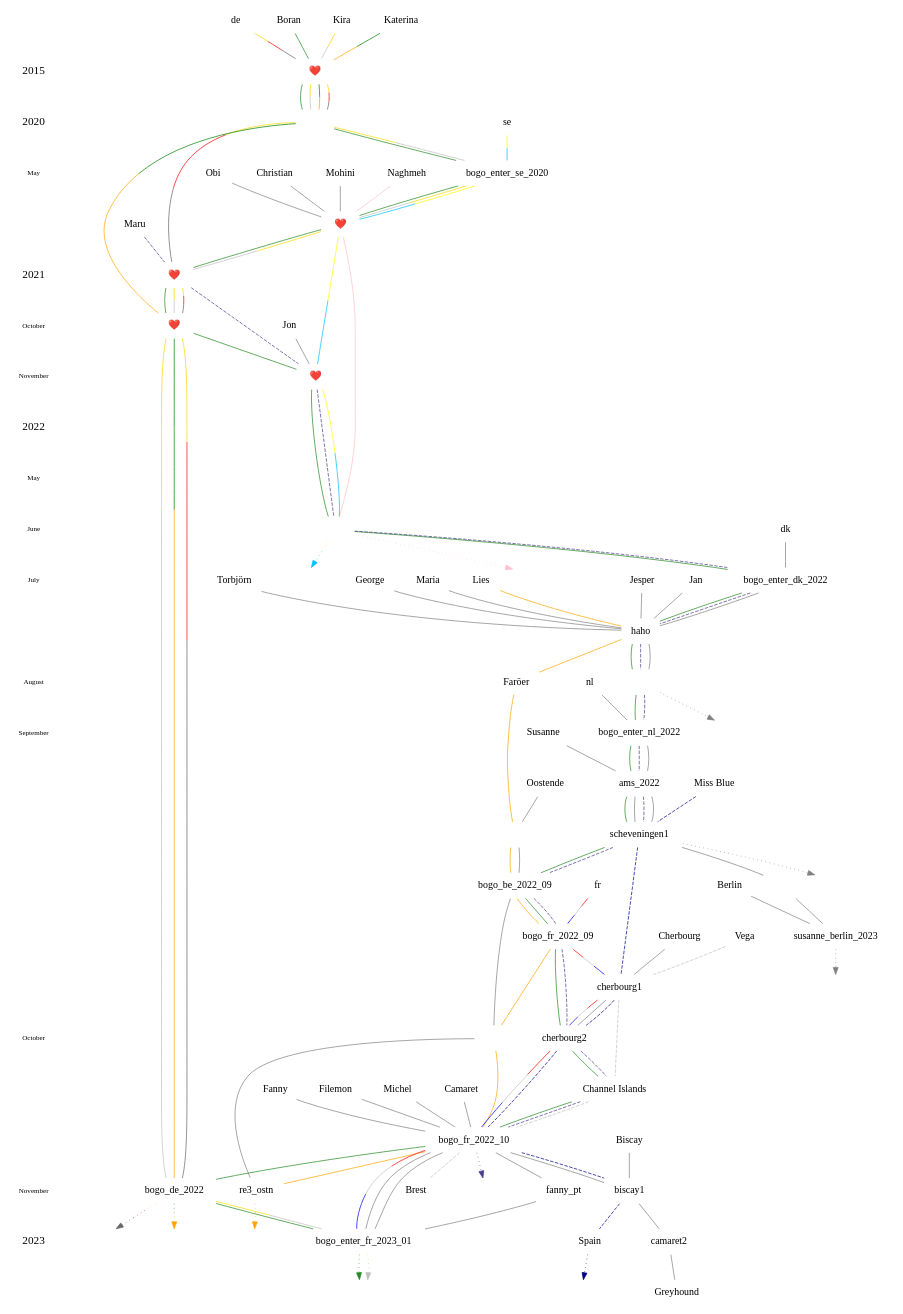
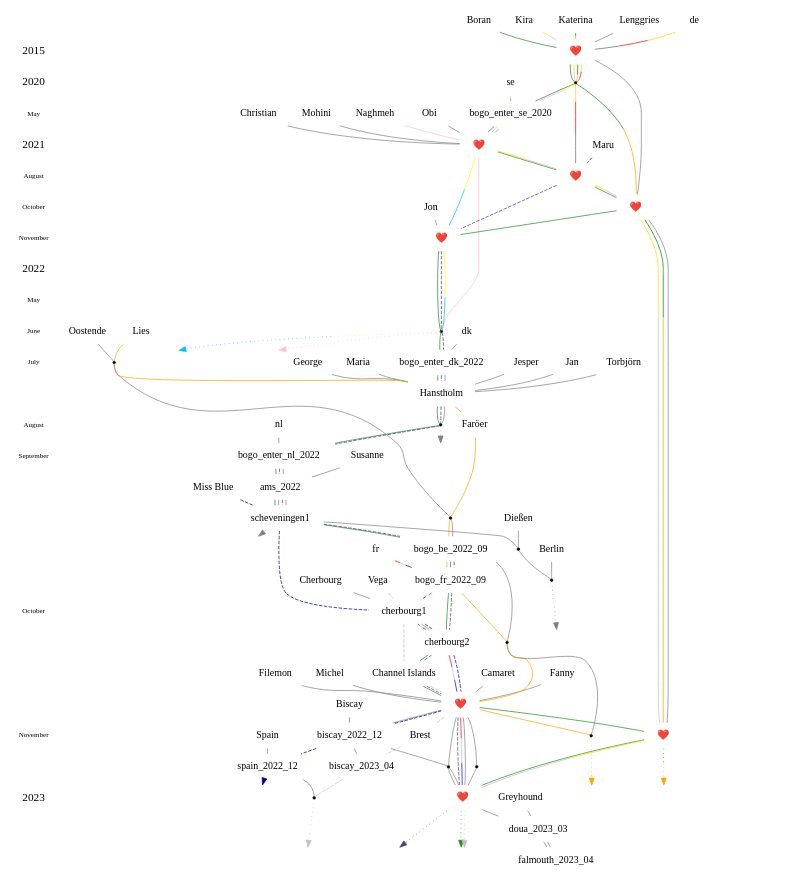
Before and after one commit to wissenswandler/kts-js: the diagram in kxfm-test/www/timelines.dot, drawn with Graphviz. The commit also changed 1 other file, not shown here.

Commit message:
improving timeline diagrams

```diff
--- a/kxfm-test/www/timelines.dot
+++ b/kxfm-test/www/timelines.dot
@@ -1,5 +1,7 @@
 digraph <Timelines> {
 
+ranksep=0.1
+nodesep=0.1
 node [shape=none tooltip=""]
 
 #
@@ -17,7 +19,7 @@
 <2022_07>
 }
 { node [label=August]
-<2022_08>
+<2021_08> <2022_08>
 }
 { node [label=September]
 <2022_09>
@@ -30,21 +32,12 @@
 }
 edge [style=invis]
 node[fontsize=16]
-2015 -> 2020 -> <2020_05> -> 2021 -> <2021_10> -> <2021_11> -> 2022 -> <2022_05> -> <2022_06> -> <2022_07> -> <2022_08> -> <2022_09> -> <2022_10> -> <2022_11> -> 2023
+2015 -> 2020 -> <2020_05> -> 2021 -> <2021_08> -> <2021_10> -> <2021_11> -> 2022 -> <2022_05> -> <2022_06> -> <2022_07> -> <2022_08> -> <2022_09> -> <2022_10> -> <2022_11> -> 2023
 }
 
 #
-# Entities
+# People - Entities
 #
-de
-se
-dk
-nl
-fr
-chis_2022 [label="Channel Islands"]
-faro [label=Faröer]
-ostn [label=Oostende]
-
 Jon
 Obi
 Christian
@@ -58,38 +51,48 @@
 Fanny
 Filemon
 Michel
-Susanne
 
+#
+# Location - Entities
+#
+se
+dk
+nl
+fr
+Biscay
 Cherbourg
-Camaret
 Brest
-Spain
-Biscay
 Berlin
 
-Vega
-Greyhound
-haho [tooltip=Hanstholm]
+#
+# Events (Time+Space intersections)
+#
+haho_2022 [label=Hanstholm]
+chis_2022 [label="Channel Islands"]
+faro [label=Faröer]
+
 
 #
 # invisibles
 #
 { node [style=invis]
-bogo_future de_future se_future dk_future lies_future nl_future maru_future katr_future naghmeh_future susanne_future
+de_future se_future dk_future nl_future maru_future katr_future naghmeh_future 
 }
 
 # Unions
 {
 node [label="❤️" ]
-len_2015 bogo_se bogo_purch_maru visit_2021 bogo_simris
+len_2015 bogo_se bogo_purch_maru lenggries_2021_10 bogo_simris camaret_2022_10 camaret_2023_01 lenggries_2022_11
 }
 
 # Separations / Neutral
 {
-node [label=" "] 
-bogo_exit_de_2020 bogo_exit_se_2022 bogo_exit_dk_2022 re1_ostn re2_ostn re1_diessen
+node [
+    shape=point
+    #label=" "
+    ] 
+bogo_exit_de_2020 bogo_exit_se_2022 bogo_exit_dk_2022 ostn_2021 re1_ostn re2_ostn re3_ostn re1_diessen susanne_berlin_2023 camaret_2022_12 fanny_pt spain_2023_04
 }
-
 
 #
 # Timelines from here
@@ -101,38 +104,51 @@
 
   lies [class=global_type_lies label=Lies]
 { edge [class=global_type_lies color=orange]
-lies -> haho -> faro -> re1_ostn -> bogo_be_2022_09 -> bogo_fr_2022_09 -> re2_ostn -> bogo_fr_2022_10 -> re3_ostn
-
-re3_ostn -> lies_future [style=dotted arrowhead=""]
+  lies -> ostn_2021 -> haho_2022 -> faro -> re1_ostn -> bogo_be_2022_09 -> bogo_fr_2022_09 -> re2_ostn -> camaret_2022_10
+->re3_ostn
+edge [style=dotted arrowhead="" minlen=2] node [style=invis]
+  re3_ostn -> lies_future
 }
 
   bogo [class=global_type_bogo label=Boran]
 { edge [class=global_type_bogo color=forestgreen] 
-
-bogo -> len_2015 -> bogo_exit_de_2020 -> bogo_enter_se_2020 -> bogo_se -> bogo_purch_maru -> visit_2021 -> bogo_simris -> bogo_exit_se_2022 -> bogo_enter_dk_2022 -> haho -> bogo_exit_dk_2022 -> bogo_enter_nl_2022 -> ams_2022 -> scheveningen1 -> bogo_be_2022_09 -> bogo_fr_2022_09 -> cherbourg2 -> chis_2022 -> bogo_fr_2022_10 -> bogo_de_2022 -> bogo_enter_fr_2023_01
-
-bogo_enter_fr_2023_01 -> bogo_future [style=dotted arrowhead=""]
+  bogo -> len_2015 -> bogo_exit_de_2020 -> bogo_enter_se_2020 -> bogo_se -> bogo_purch_maru -> lenggries_2021_10 -> bogo_simris -> bogo_exit_se_2022 -> bogo_enter_dk_2022 -> haho_2022 -> bogo_exit_dk_2022 -> bogo_enter_nl_2022 -> ams_2022 -> scheveningen1 -> bogo_be_2022_09 -> bogo_fr_2022_09 -> cherbourg2 -> chis_2022 -> camaret_2022_10 -> lenggries_2022_11
+->camaret_2023_01
+edge [style=dotted arrowhead="" minlen=2] node [style=invis]
+  camaret_2023_01 -> bogo_future
 }
 
-# Susanne's lifeline
-{ edge [class=global_type_sushoe]
-Susanne -> ams_2022 -> scheveningen1 -> re1_diessen -> susanne_berlin_2023
-Berlin -> susanne_berlin_2023
-susanne_berlin_2023 -> susanne_future [style=dotted arrowhead=""]
+  Susanne [class=global_type_sushoe]
+{ edge    [class=global_type_sushoe]
+  Susanne -> ams_2022 -> scheveningen1 -> re1_diessen
+->susanne_berlin_2023
+edge [style=dotted arrowhead="" minlen=2] node [style=invis]
+  susanne_berlin_2023 -> susanne_future
 }
+
+  Berlin -> susanne_berlin_2023
+
+  Dießen -> re1_diessen
 
   kira [class=global_type_kira label=Kira]
 { edge [class=global_type_kira color="gold;0.5:silver"]
-  kira -> len_2015 -> bogo_exit_de_2020 -> bogo_enter_se_2020 -> bogo_se -> bogo_purch_maru -> visit_2021 -> bogo_de_2022
-->bogo_enter_fr_2023_01
-  bogo_enter_fr_2023_01 -> bogo_future [style=dotted arrowhead=""]
+  kira -> len_2015 -> bogo_exit_de_2020 -> bogo_enter_se_2020 -> bogo_se -> bogo_purch_maru -> lenggries_2021_10 -> lenggries_2022_11
+->camaret_2023_01
+edge [style=dotted arrowhead="" minlen=2] node [style=invis]
+  camaret_2023_01 -> bogo_future
 }
 
   katr [class=global_type_katr label=Katerina]
 { edge [class=global_type_katr color="green;0.5:orange"]
-  katr -> len_2015 -> bogo_exit_de_2020 -> visit_2021
-->bogo_de_2022
-  bogo_de_2022 -> katr_future [style=dotted arrowhead=""]
+  katr -> len_2015 -> bogo_exit_de_2020 -> lenggries_2021_10
+->lenggries_2022_11
+edge [style=dotted arrowhead="" minlen=2] node [style=invis]
+  lenggries_2022_11 -> katr_future
+}
+
+ Lenggries [class=global_type_lenggries]
+{ edge [class=global_type_lenggries ]
+  Lenggries -> len_2015 -> lenggries_2021_10 -> lenggries_2022_11
 }
 
 {Mohini Christian Obi} -> bogo_se
@@ -140,36 +156,38 @@
 Jon -> bogo_simris
 
 { edge [color=pink class=global_type_naghmeh]
-Naghmeh -> bogo_se -> bogo_exit_se_2022
-bogo_exit_se_2022 -> naghmeh_future [style=dotted arrowhead=""]
+  Naghmeh -> bogo_se
+->bogo_exit_se_2022
+  bogo_exit_se_2022 -> naghmeh_future [style=dotted arrowhead=""]
 }
 
-{Maria George Jesper Jan Torbjörn} -> haho
+{Maria George Jesper Jan Torbjörn} -> haho_2022
 
-Fanny -> bogo_fr_2022_10 -> fanny_pt -> bogo_enter_fr_2023_01
+Fanny -> camaret_2022_10 -> fanny_pt -> camaret_2023_01
 
   maru [class=global_type_maru label=Maru]
 { edge [class=global_type_maru color=darkslateblue style=dashed ]
-  maru -> bogo_purch_maru -> bogo_simris -> bogo_exit_se_2022 -> bogo_enter_dk_2022 -> haho -> bogo_exit_dk_2022 -> bogo_enter_nl_2022 -> ams_2022 -> scheveningen1 -> bogo_be_2022_09 -> bogo_fr_2022_09 -> cherbourg2 -> chis_2022
-->bogo_fr_2022_10
-  bogo_fr_2022_10 -> maru_future [style=dotted arrowhead=""]
+  maru -> bogo_purch_maru -> bogo_simris -> bogo_exit_se_2022 -> bogo_enter_dk_2022 -> haho_2022 -> bogo_exit_dk_2022 -> bogo_enter_nl_2022 -> ams_2022 -> scheveningen1 -> bogo_be_2022_09 -> bogo_fr_2022_09 -> cherbourg2 -> chis_2022 ->camaret_2022_10
+->camaret_2023_01
+edge [style=dotted arrowhead="" minlen=2] node [style=invis]
+  camaret_2023_01 -> maru_future
 }
 
-# DE timeline
-{ edge [color="gold;0.33:red;0.33:grey40;0.33"]
-de -> len_2015 -> bogo_exit_de_2020 -> bogo_purch_maru -> visit_2021 -> bogo_de_2022
-bogo_de_2022 -> de_future [style=dotted arrowhead=""]
+    de [class=global_type_de]
+{ edge [class=global_type_de color="gold;0.33:red;0.33:grey40;0.33"]
+  de -> len_2015 -> bogo_exit_de_2020 -> bogo_purch_maru
 }
 
 # SE timeline
 { edge [color="yellow;0.5:deepskyblue"]
-se -> bogo_enter_se_2020 -> bogo_se -> bogo_simris -> bogo_exit_se_2022
-bogo_exit_se_2022 -> se_future [style=dotted arrowhead=""]
+  se -> bogo_enter_se_2020 -> bogo_se -> bogo_simris
+->bogo_exit_se_2022
+  bogo_exit_se_2022 -> se_future [style=dotted arrowhead=""]
 }
 
 # DK timeline
 {
-dk -> bogo_enter_dk_2022 -> haho -> bogo_exit_dk_2022
+dk -> bogo_enter_dk_2022 -> haho_2022 -> bogo_exit_dk_2022
 bogo_exit_dk_2022 -> dk_future [style=dotted arrowhead=""]
 }
 
@@ -181,44 +199,68 @@
 
 # FR timeline
 { edge [color="red;0.33:silver;0.33:blue;0.33"]
-fr -> bogo_fr_2022_09 -> cherbourg1 -> cherbourg2 -> bogo_fr_2022_10 -> bogo_enter_fr_2023_01 
+fr -> bogo_fr_2022_09 -> cherbourg1 -> cherbourg2 -> camaret_2022_10 -> camaret_2023_01 
 }
 
-Filemon -> bogo_fr_2022_10 -> biscay1 -> camaret2 -> Greyhound
+  Filemon [class=global_type_filemon]
+{ edge [class=global_type_filemon]
+  Filemon -> camaret_2022_10 -> biscay_2022_12 -> camaret_2022_12 -> camaret_2023_01 -> doua_2023_03 -> falmouth_2023_04
+}
 
-Michel -> bogo_fr_2022_10 -> bogo_enter_fr_2023_01
+ Greyhound [class=global_type_greyhound]
+{ edge [class=global_type_greyhound]
+  Greyhound -> doua_2023_03 -> falmouth_2023_04
+}
 
-ostn -> re1_ostn -> bogo_be_2022_09 -> re2_ostn -> re3_ostn
+Michel -> camaret_2022_10 -> camaret_2023_01
 
-Camaret -> bogo_fr_2022_10 -> bogo_enter_fr_2023_01
+  ostn [class=global_type_ostn label=Oostende]
+{ edge[ class=global_type_ostn]
+  ostn -> ostn_2021 -> re1_ostn -> bogo_be_2022_09 -> re2_ostn -> re3_ostn
+}
+
+ Camaret [class=global_type_camaret]
+{ edge   [class=global_type_camaret]
+Camaret -> camaret_2022_10 -> camaret_2022_12 -> camaret_2023_01
+}
 
 Cherbourg -> cherbourg1 -> cherbourg2
 
-Biscay -> biscay1
+  Biscay [class=global_type_biscay]
+{ edge   [class=global_type_biscay]
+  Biscay -> biscay_2022_12 -> biscay_2023_04
+}
 
 miss_blue [class=global_type_missblue label="Miss Blue"]
 { edge    [class=global_type_missblue color=darkblue style=dashed]
-  miss_blue -> scheveningen1 -> cherbourg1 -> cherbourg2 -> bogo_fr_2022_10 -> biscay1
-->Spain
+  miss_blue -> scheveningen1 -> cherbourg1 -> cherbourg2 -> camaret_2022_10 -> biscay_2022_12
+->spain_2022_12
 edge [style=dotted arrowhead=""] node [style=invis]
-  Spain -> miss_blue_future 
+  spain_2022_12 -> miss_blue_future 
 }
 
-{ edge [color=silver style=dashed]
-Vega -> cherbourg1 -> chis_2022 -> bogo_fr_2022_10 -> Brest
-#
+  Spain [class=global_type_spain]
+{ edge  [class=global_type_spain]
+  Spain -> spain_2022_12 -> spain_2023_04
+}
+
+  Vega [class=global_type_vega]
+{ edge [class=global_type_vega color=silver style=dashed]
+  Vega -> cherbourg1 -> chis_2022 -> camaret_2022_10 -> Brest -> biscay_2023_04 -> spain_2023_04
+edge [style=dotted arrowhead="" minlen=2] node [style=invis]
+  spain_2023_04 -> vega_future 
 }
 
 # Time anchors (not every event needs to be anchored)
 #
 {rank=same <2020_05> bogo_enter_se_2020}
-{rank=same <2021_10> visit_2021 }
+{rank=same <2021_10> lenggries_2021_10 }
 {rank=same <2021_11> bogo_simris }
 {rank=same <2022_06> bogo_exit_se_2022}
 {rank=same <2022_07> bogo_enter_dk_2022}
 {rank=same <2022_08> bogo_exit_dk_2022}
 {rank=same <2022_09> bogo_enter_nl_2022}
-{rank=same <2022_11> bogo_de_2022}
-{rank=same 2023 bogo_enter_fr_2023_01}
+{rank=same <2022_11> lenggries_2022_11}
+{rank=same 2023 camaret_2023_01}
 
 }
```
